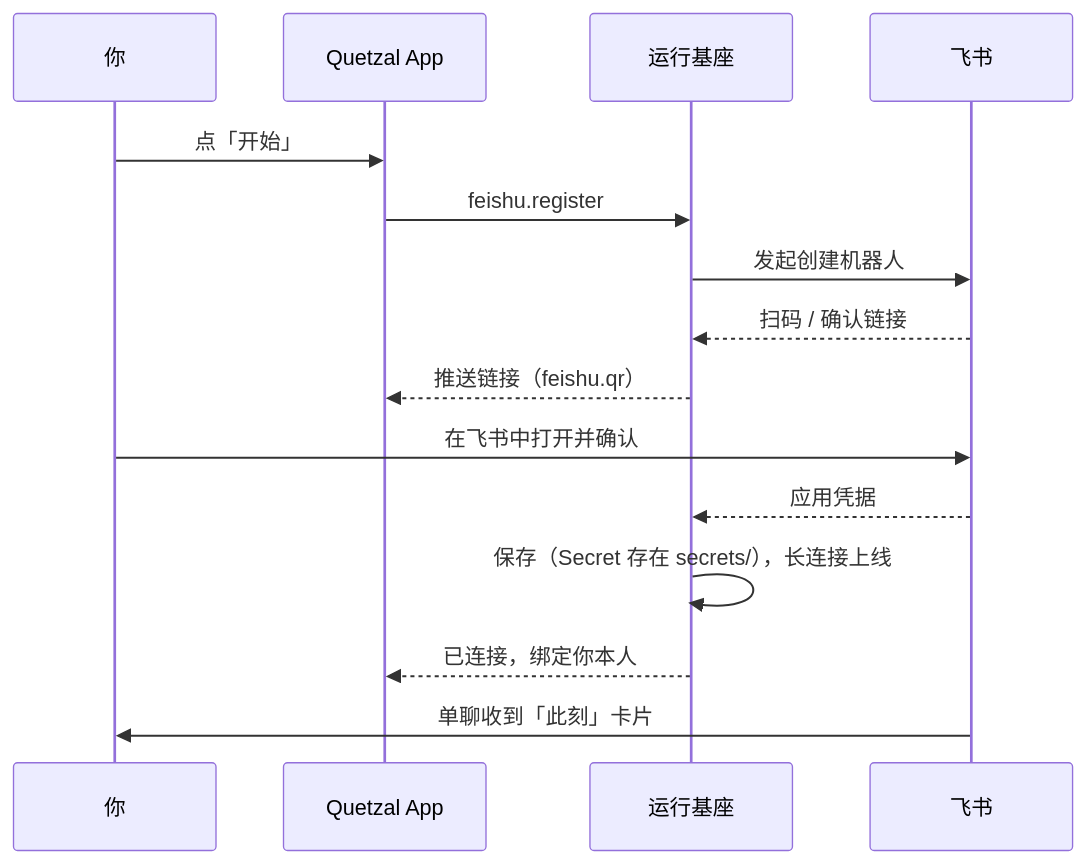
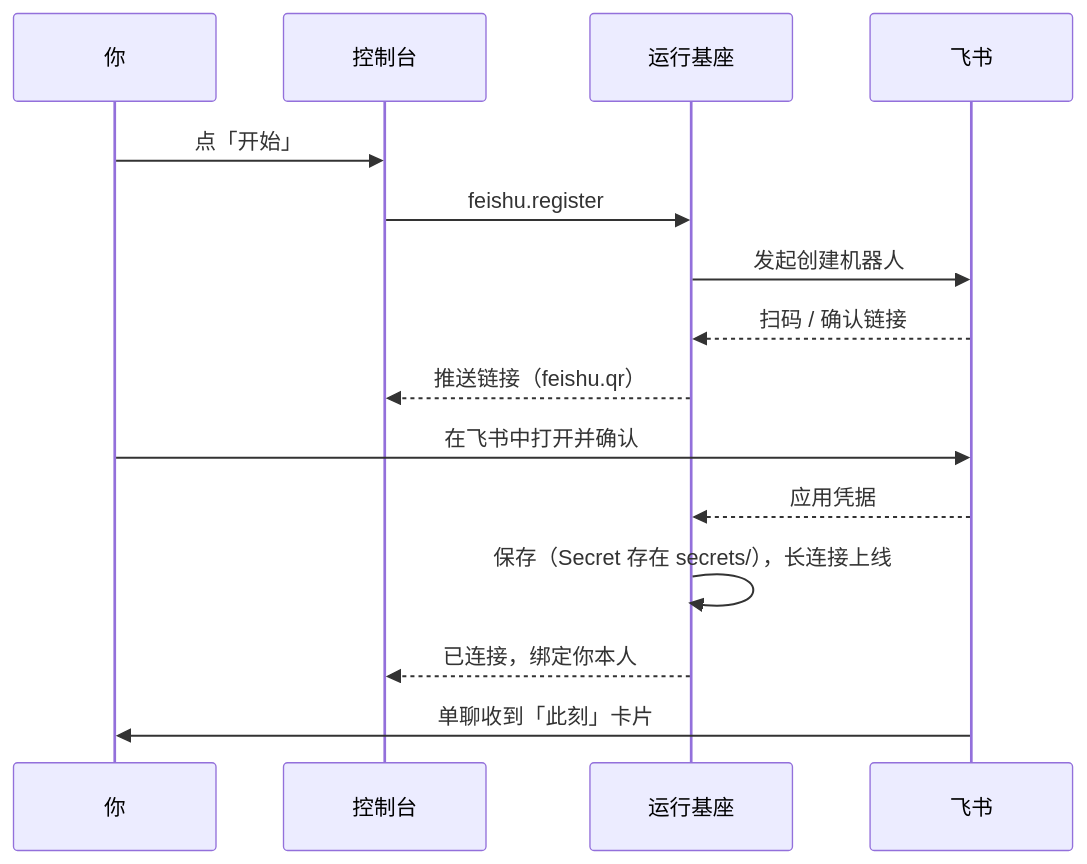
The diagram in website/content/docs/zh/guide/feishu.md (Causally-XYZ/Project.Quetzal), drawn with Mermaid before and after one commit. The commit also changed 30 other files, not shown here.

````diff
--- a/website/content/docs/zh/guide/feishu.md
+++ b/website/content/docs/zh/guide/feishu.md
@@ -19,17 +19,17 @@
 ```mermaid
 sequenceDiagram
   participant U as 你
-  participant A as Quetzal App
+  participant A as 控制台
   participant R as 运行基座
   participant F as 飞书
   U->>A: 点「开始」
   A->>R: feishu.register
   R->>F: 发起创建机器人
   F-->>R: 扫码 / 确认链接
   R-->>A: 推送链接（feishu.qr）
   U->>F: 在飞书中打开并确认
   F-->>R: 应用凭据
   R->>R: 保存（Secret 存在 secrets/），长连接上线
   R-->>A: 已连接，绑定你本人
   F->>U: 单聊收到「此刻」卡片
 ```
````
